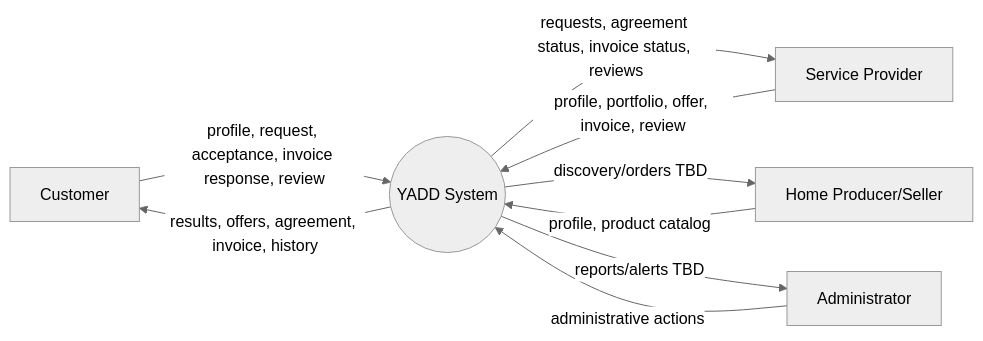
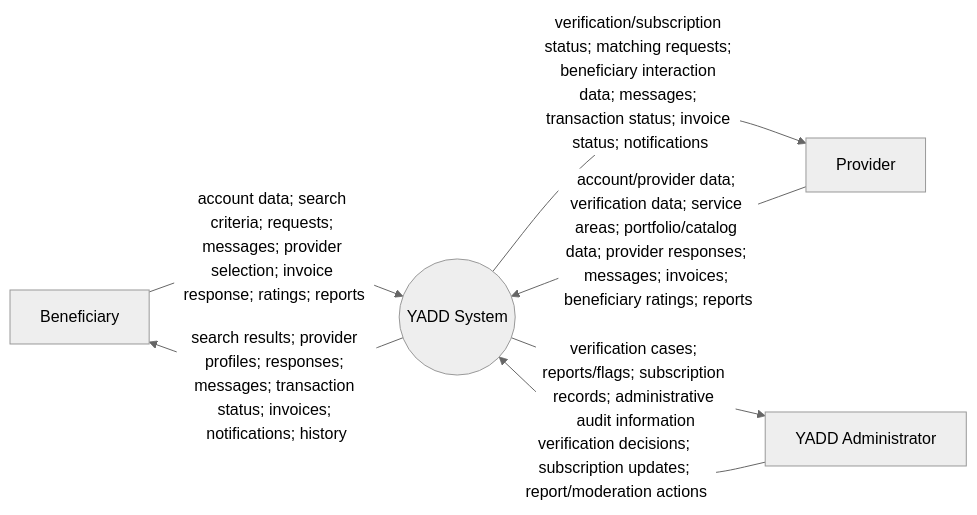
Before and after one commit to Yadd-SanaaUniversityGraduationProject/yadd: the first of 2 diagrams in docs/03-analysis/09-DFD.md, drawn with Mermaid (neutral theme). The commit also changed other lines of this file, not shown here.

````diff
--- a/docs/03-analysis/09-DFD.md
+++ b/docs/03-analysis/09-DFD.md
@@ -9,11 +17,16 @@
 ```mermaid
 flowchart LR
-    C[Customer] -->|profile, request, acceptance, invoice response, review| Y((YADD System))
-    Y -->|results, offers, agreement, invoice, history| C
-    P[Service Provider] -->|profile, portfolio, offer, invoice, review| Y
-    Y -->|requests, agreement status, invoice status, reviews| P
-    H[Home Producer/Seller] -->|profile, product catalog| Y
-    Y -->|discovery/orders TBD| H
-    A[Administrator] -->|administrative actions| Y
-    Y -->|reports/alerts TBD| A
+    B[Beneficiary]
+    P[Provider]
+    A[YADD Administrator]
+    Y((YADD System))
+
+    B -->|account data; search criteria; requests; messages; provider selection; invoice response; ratings; reports| Y
+    Y -->|search results; provider profiles; responses; messages; transaction status; invoices; notifications; history| B
+
+    P -->|account/provider data; verification data; service areas; portfolio/catalog data; provider responses; messages; invoices; beneficiary ratings; reports| Y
+    Y -->|verification/subscription status; matching requests; beneficiary interaction data; messages; transaction status; invoice status; notifications| P
+
+    A -->|verification decisions; subscription updates; report/moderation actions| Y
+    Y -->|verification cases; reports/flags; subscription records; administrative audit information| A
 ```
````
